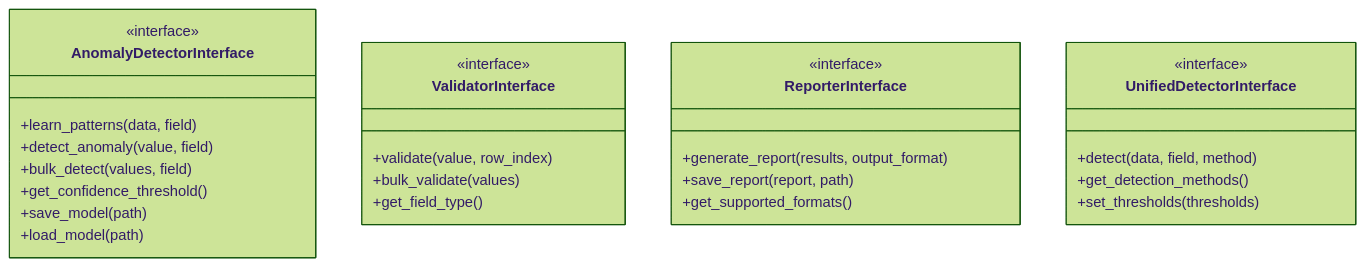
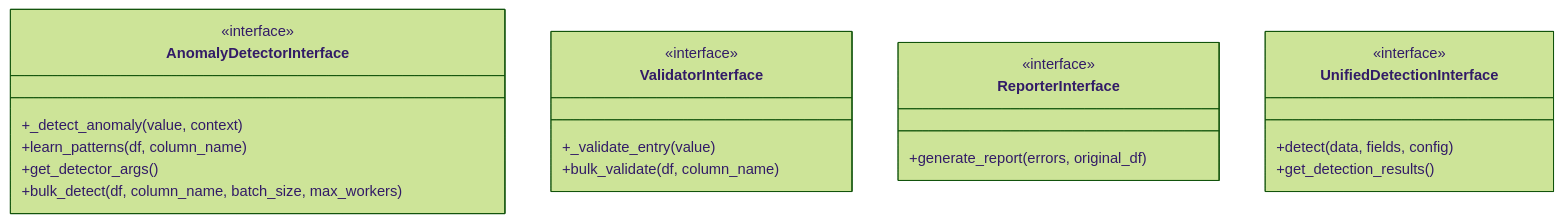
Before and after one commit to xafron-bv/data-quality-monitoring: the diagram in docs/api/interfaces.md, drawn with Mermaid (forest theme). The commit also changed other lines of this file and 10 other files, not shown here.

````diff
--- a/docs/api/interfaces.md
+++ b/docs/api/interfaces.md
@@ -9,33 +9,27 @@
 ```mermaid
 classDiagram
     class AnomalyDetectorInterface {
         <<interface>>
-        +learn_patterns(data, field)
-        +detect_anomaly(value, field)
-        +bulk_detect(values, field)
-        +get_confidence_threshold()
-        +save_model(path)
-        +load_model(path)
+        +_detect_anomaly(value, context)
+        +learn_patterns(df, column_name)
+        +get_detector_args()
+        +bulk_detect(df, column_name, batch_size, max_workers)
     }
     
     class ValidatorInterface {
         <<interface>>
-        +validate(value, row_index)
-        +bulk_validate(values)
-        +get_field_type()
+        +_validate_entry(value)
+        +bulk_validate(df, column_name)
     }
     
     class ReporterInterface {
         <<interface>>
-        +generate_report(results, output_format)
-        +save_report(report, path)
-        +get_supported_formats()
+        +generate_report(errors, original_df)
     }
     
-    class UnifiedDetectorInterface {
+    class UnifiedDetectionInterface {
         <<interface>>
-        +detect(data, field, method)
-        +get_detection_methods()
-        +set_thresholds(thresholds)
+        +detect(data, fields, config)
+        +get_detection_results()
     }
 ```
````
